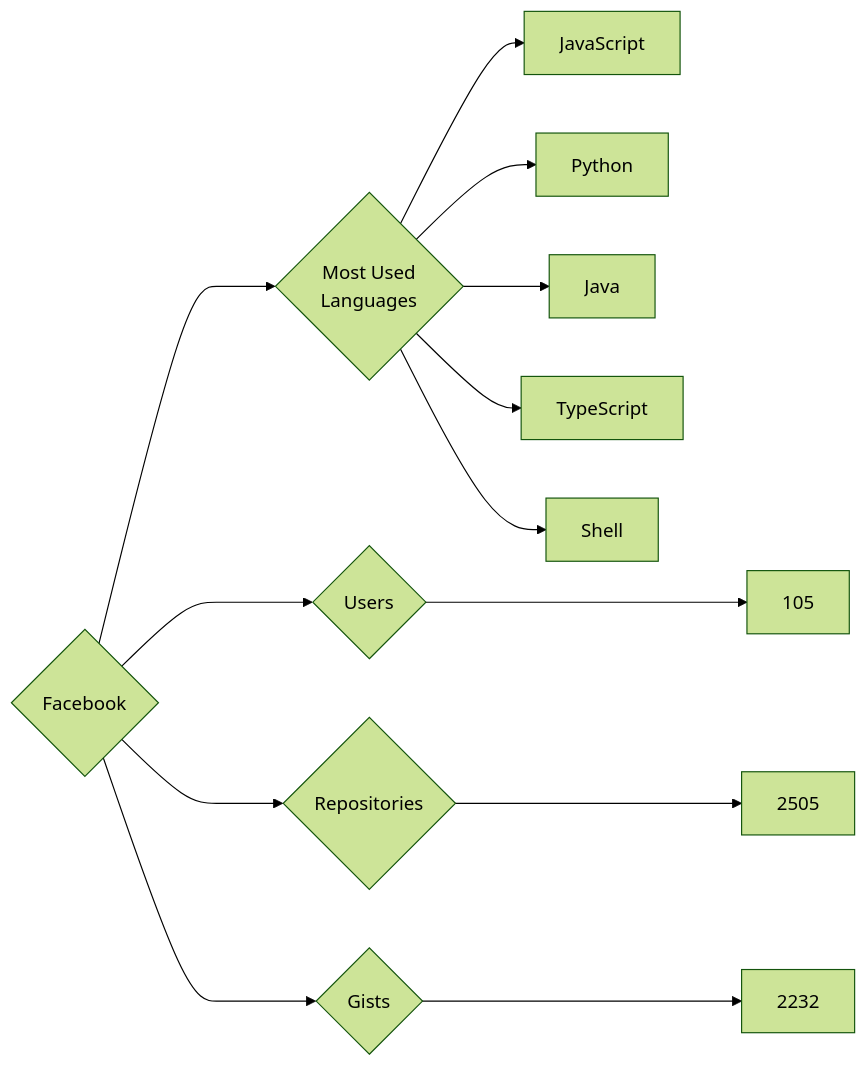
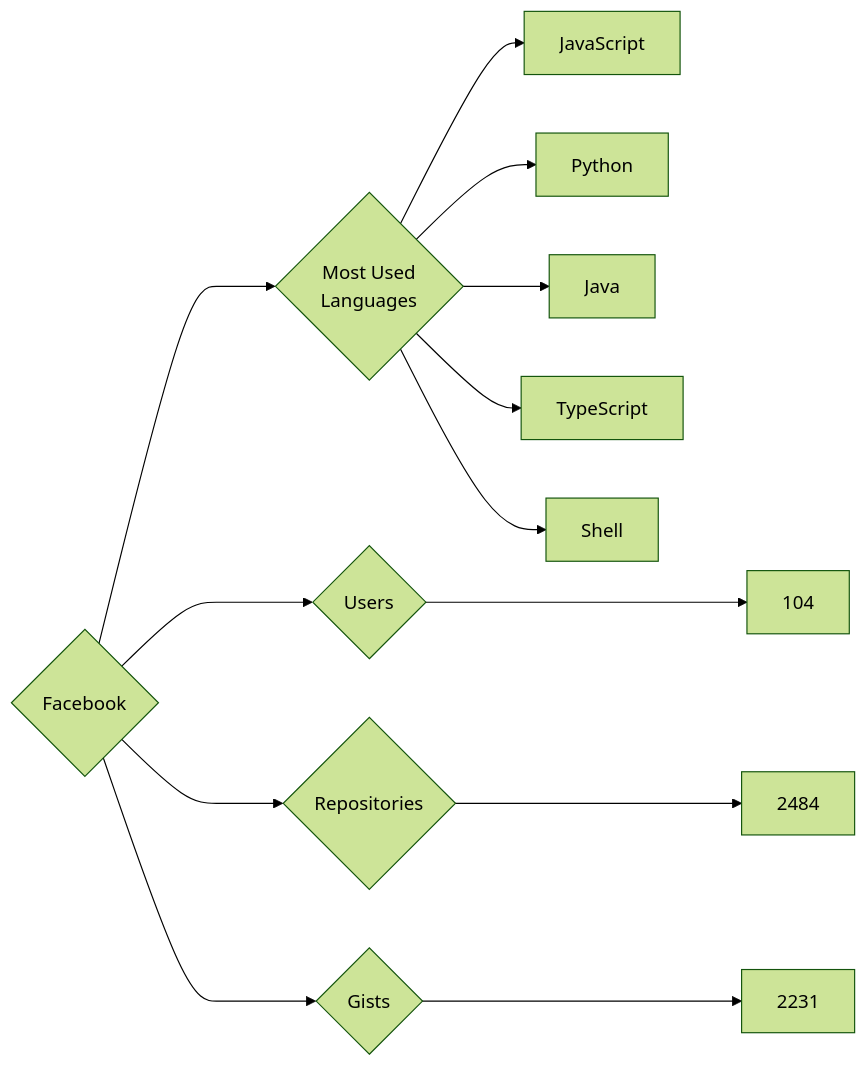
The diagram in targets/Facebook/README.md (trickest/insiders), drawn with Mermaid (forest theme) before and after one commit. The commit also changed 932 other files, not shown here.

````diff
--- a/targets/Facebook/README.md
+++ b/targets/Facebook/README.md
@@ -3,13 +3,13 @@
 ```mermaid
 graph LR
 COMPANY_NAME{Facebook}
-COMPANY_NAME ---> U{Users} ---> UN[105]
-COMPANY_NAME ---> R{Repositories} ---> RN[2505]
-COMPANY_NAME ---> G{Gists} ---> GN[2232]
+COMPANY_NAME ---> U{Users} ---> UN[104]
+COMPANY_NAME ---> R{Repositories} ---> RN[2484]
+COMPANY_NAME ---> G{Gists} ---> GN[2231]
 COMPANY_NAME ---> ML{Most Used<br>Languages}
 ML --> JavaScript[JavaScript]
 ML --> Python[Python]
 ML --> Java[Java]
 ML --> TypeScript[TypeScript]
 ML --> Shell[Shell]
 ```
````
